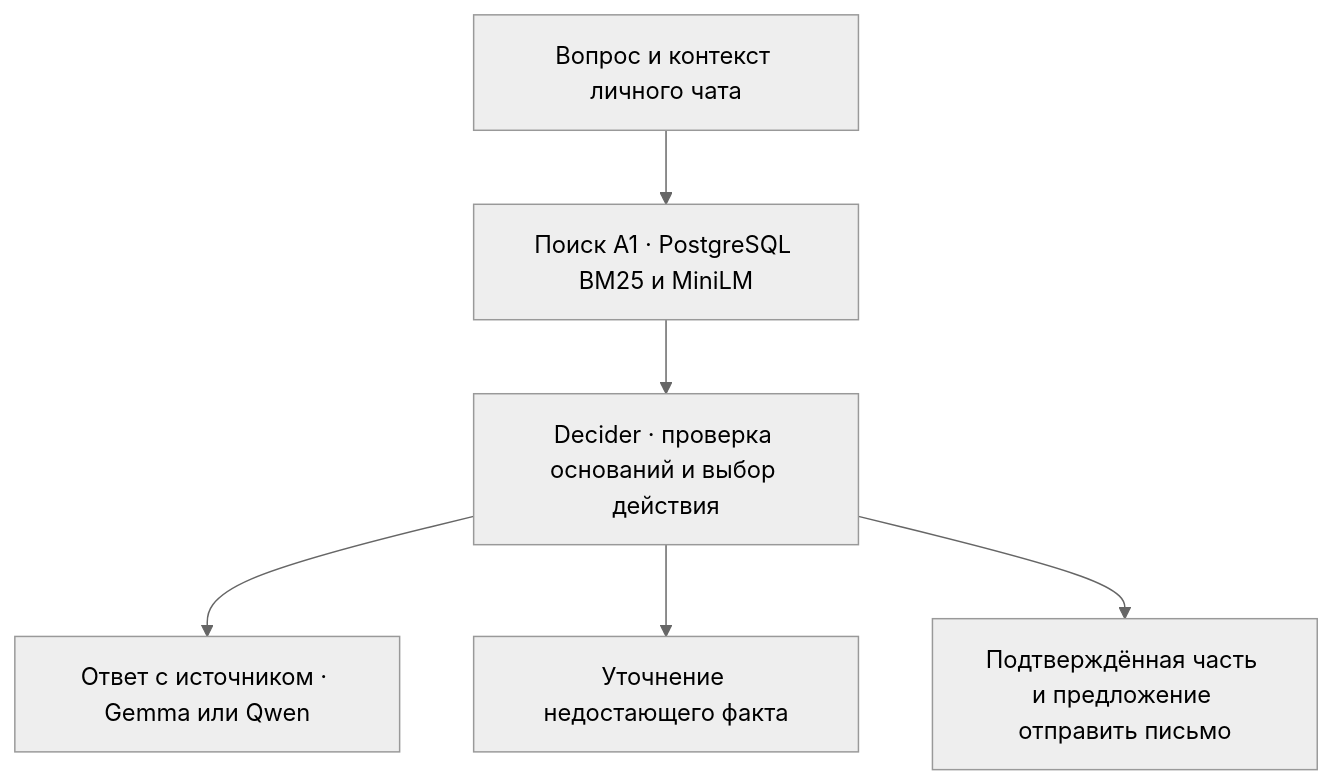
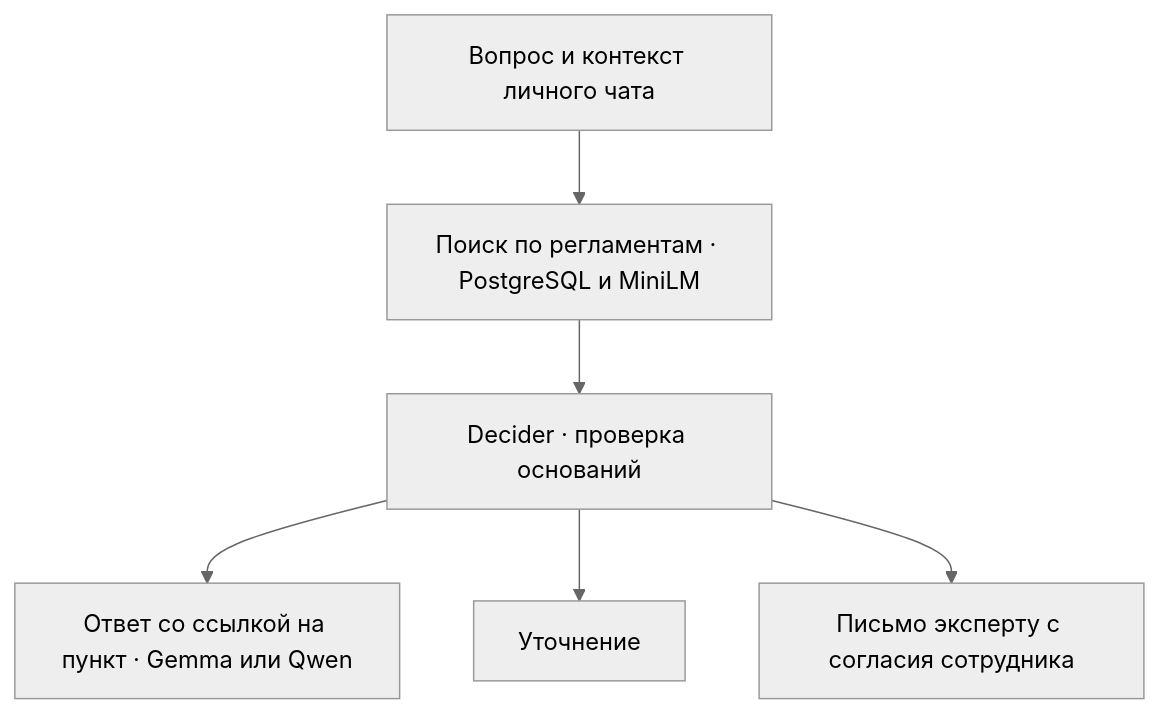
Before and after one commit to gureev1988-ops/iikuznica: the first of 3 diagrams in docs/architecture/dion-tech-section.md, drawn with Mermaid (neutral theme). The commit also changed other lines of this file, not shown here.

````diff
--- a/docs/architecture/dion-tech-section.md
+++ b/docs/architecture/dion-tech-section.md
@@ -7,8 +7,8 @@
 ```mermaid
 flowchart TD
-    Q["Вопрос и контекст личного чата"] --> S["Поиск A1 · PostgreSQL BM25 и MiniLM"]
-    S --> D["Decider · проверка оснований и выбор действия"]
-    D --> A["Ответ с источником · Gemma или Qwen"]
-    D --> C["Уточнение недостающего факта"]
-    D --> E["Подтверждённая часть и предложение отправить письмо"]
+    Q["Вопрос и контекст личного чата"] --> S["Поиск по регламентам · PostgreSQL и MiniLM"]
+    S --> D["Decider · проверка оснований"]
+    D --> A["Ответ со ссылкой на пункт · Gemma или Qwen"]
+    D --> C["Уточнение"]
+    D --> E["Письмо эксперту с согласия сотрудника"]
 ```
````
